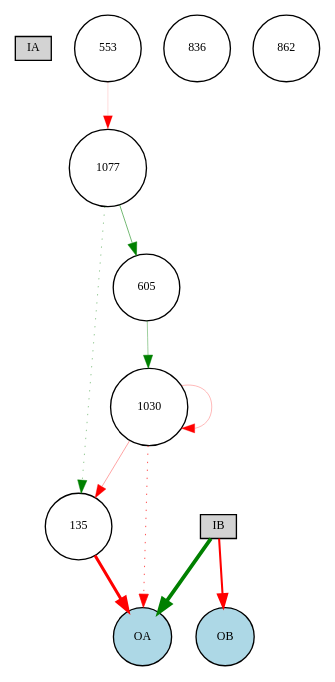
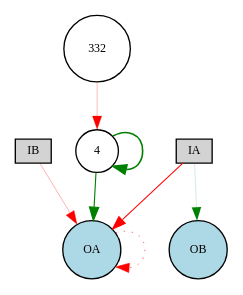
One commit to danxan/neuromorphic-evolution changed the diagram in source/cont_exp/Digraph.gv. Above: the diagram before and after it, drawn with Graphviz. The commit also changed 7 other files, not shown here.

```diff
--- a/source/cont_exp/Digraph.gv
+++ b/source/cont_exp/Digraph.gv
@@ -1,24 +1,16 @@
 digraph {
 	node [fontsize=9 height=0.2 shape=circle width=0.2]
 	IA [fillcolor=lightgray shape=box style=filled]
 	IB [fillcolor=lightgray shape=box style=filled]
 	OA [fillcolor=lightblue style=filled]
 	OB [fillcolor=lightblue style=filled]
-	836 [fillcolor=white style=filled]
-	1030 [fillcolor=white style=filled]
-	135 [fillcolor=white style=filled]
-	553 [fillcolor=white style=filled]
-	1077 [fillcolor=white style=filled]
-	605 [fillcolor=white style=filled]
-	862 [fillcolor=white style=filled]
-	135 -> OA [color=red penwidth=2.30327490287747 style=solid]
-	IB -> OA [color=green penwidth=2.792061874768432 style=solid]
-	IB -> OB [color=red penwidth=1.5400900927472394 style=solid]
-	553 -> 1077 [color=red penwidth=0.11268252069685986 style=solid]
-	1077 -> 135 [color=green penwidth=0.3194788649114107 style=dotted]
-	1077 -> 605 [color=green penwidth=0.4149891691694392 style=solid]
-	1030 -> OA [color=red penwidth=0.5088778129859255 style=dotted]
-	1030 -> 135 [color=red penwidth=0.2737747701284655 style=solid]
-	1030 -> 1030 [color=red penwidth=0.20828434312648558 style=solid]
-	605 -> 1030 [color=green penwidth=0.287916861623401 style=solid]
+	4 [fillcolor=white style=filled]
+	332 [fillcolor=white style=filled]
+	4 -> OA [color=green penwidth=0.8374778497066084 style=solid]
+	OA -> OA [color=red penwidth=0.43447772104398363 style=dotted]
+	4 -> 4 [color=green penwidth=1.22496098635371 style=solid]
+	IA -> OB [color=green penwidth=0.12326526839406518 style=solid]
+	IA -> OA [color=red penwidth=0.7660181518012648 style=solid]
+	332 -> 4 [color=red penwidth=0.20400280320845804 style=solid]
+	IB -> OA [color=red penwidth=0.22750315264471152 style=solid]
 }
```
